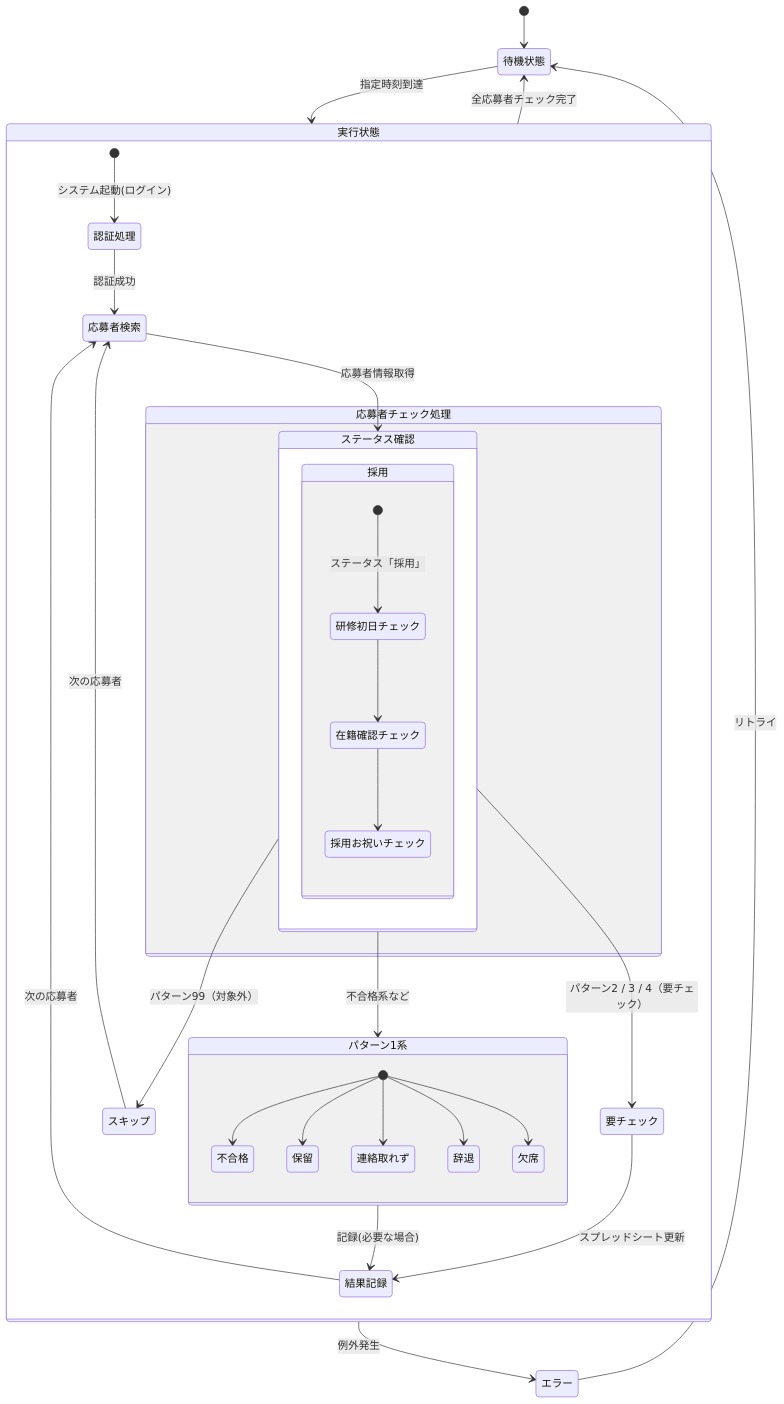
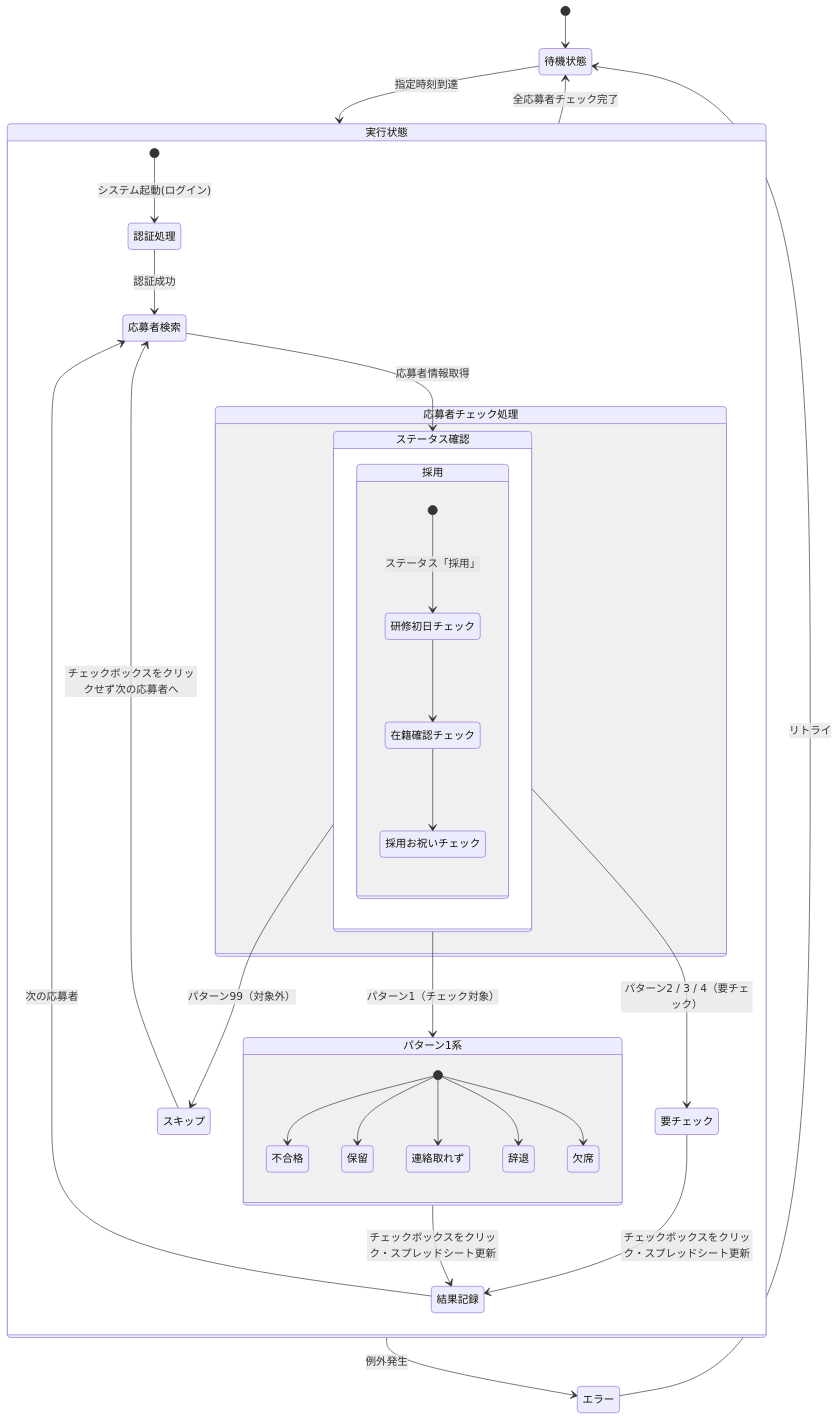
The diagram in docs/spec.md (gucchon001/adoption_autocheck), drawn with Mermaid before and after one commit. The commit also changed other lines of this file and 6 other files, not shown here.

````diff
--- a/docs/spec.md
+++ b/docs/spec.md
@@ -447,43 +480,43 @@
 ```mermaid
 stateDiagram-v2
     [*] --> 待機状態
     待機状態 --> 実行状態: 指定時刻到達
 
     state 実行状態 {
         [*] --> 認証処理: システム起動(ログイン)
         認証処理 --> 応募者検索: 認証成功
         
         state 応募者チェック処理 {
             応募者検索 --> ステータス確認: 応募者情報取得
 
             state ステータス確認 {
                 state 採用 {
                     [*] --> 研修初日チェック: ステータス「採用」
                     研修初日チェック --> 在籍確認チェック
                     在籍確認チェック --> 採用お祝いチェック
                 }
                 
                 state パターン1系 {
                     [*] --> 不合格
                     [*] --> 保留
                     [*] --> 連絡取れず
                     [*] --> 辞退
                     [*] --> 欠席
                 }
             }
 
             ステータス確認 --> 要チェック: パターン2 / 3 / 4（要チェック）
             ステータス確認 --> スキップ: パターン99（対象外）
-            ステータス確認 --> パターン1系: 不合格系など
+            ステータス確認 --> パターン1系: パターン1（チェック対象）
         }
 
-        要チェック --> 結果記録: スプレッドシート更新
-        スキップ --> 応募者検索: 次の応募者
-        パターン1系 --> 結果記録: 記録(必要な場合)
+        要チェック --> 結果記録: チェックボックスをクリック・スプレッドシート更新
+        スキップ --> 応募者検索: チェックボックスをクリックせず次の応募者へ
+        パターン1系 --> 結果記録: チェックボックスをクリック・スプレッドシート更新
         結果記録 --> 応募者検索: 次の応募者
     }
 
     実行状態 --> 待機状態: 全応募者チェック完了
     実行状態 --> エラー: 例外発生
     エラー --> 待機状態: リトライ
 ```
````
